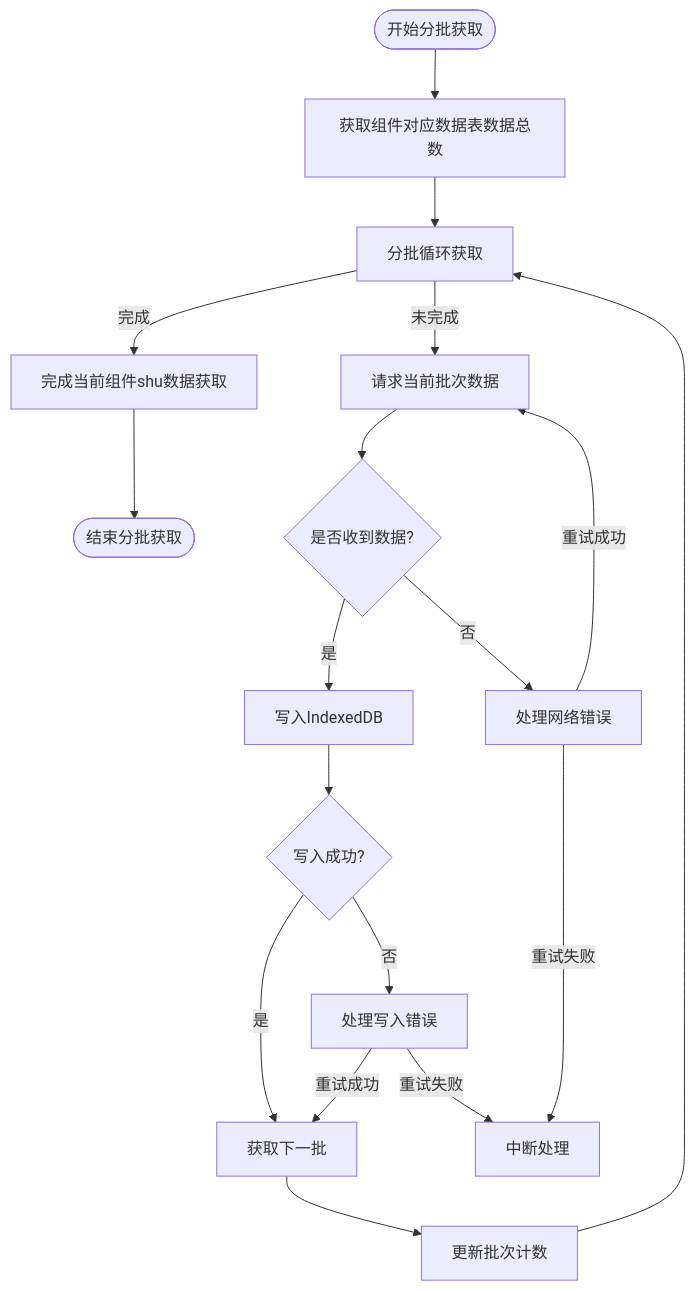
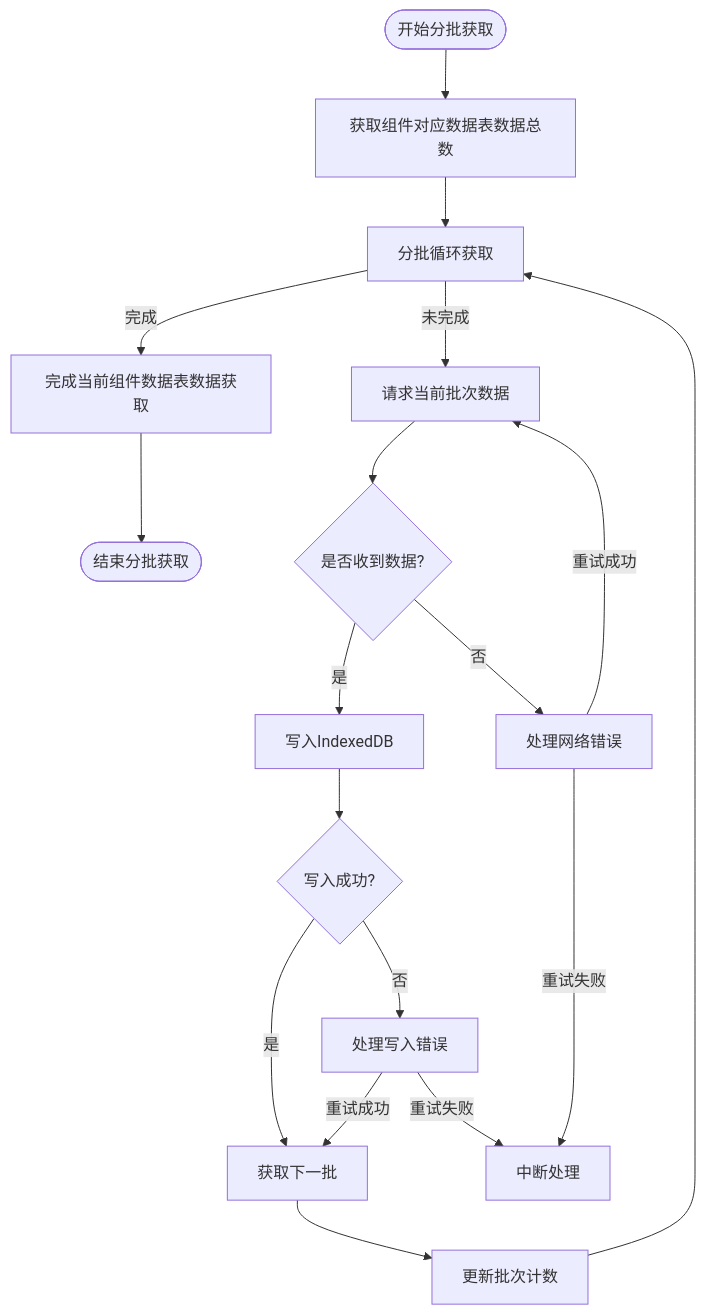
Before and after one commit to yingjianzh/iodraw-files: the diagram in all/未命名-56.md, drawn with Mermaid.

Commit message:
2025-05-12 10:24:34 update

````diff
--- a/all/未命名-56.md
+++ b/all/未命名-56.md
@@ -1,29 +1,31 @@
 ```mermaid
 
 flowchart TD
     StartBatch([开始分批获取]) --> InitializeBatch[获取组件对应数据表数据总数]
     InitializeBatch --> CheckBatchSize[分批循环获取]
     
-    CheckBatchSize -->|完成| BatchComplete[完成当前组件shu数据获取]
+    CheckBatchSize -->|完成| BatchComplete[完成当前组件数据表数据获取]
+
+    BatchComplete
     
     CheckBatchSize -->|未完成| RequestBatch[请求当前批次数据]
     RequestBatch --> ReceiveBatch{是否收到数据?}
     
     ReceiveBatch -->|是| WriteToDB[写入IndexedDB]
     
     WriteToDB --> BatchSuccess{写入成功?}
     BatchSuccess -->|是| NextBatch[获取下一批]
     BatchSuccess -->|否| HandleError[处理写入错误]
     HandleError -->|重试成功| NextBatch
     HandleError -->|重试失败| AbortProcess[中断处理]
     
     ReceiveBatch -->|否| HandleNetworkError[处理网络错误]
     HandleNetworkError -->|重试成功| RequestBatch
     HandleNetworkError -->|重试失败| AbortProcess
     
     NextBatch --> IncrementBatch[更新批次计数]
     IncrementBatch --> CheckBatchSize
     
     BatchComplete --> EndBatch([结束分批获取])
 
 ```
````
